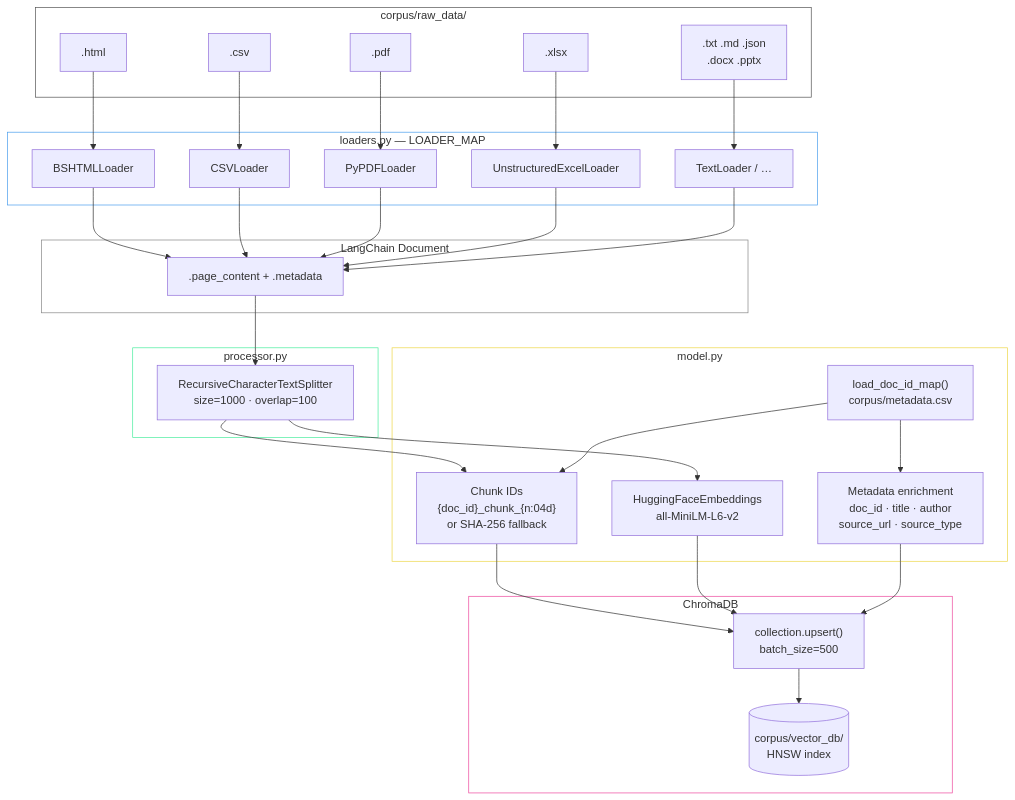
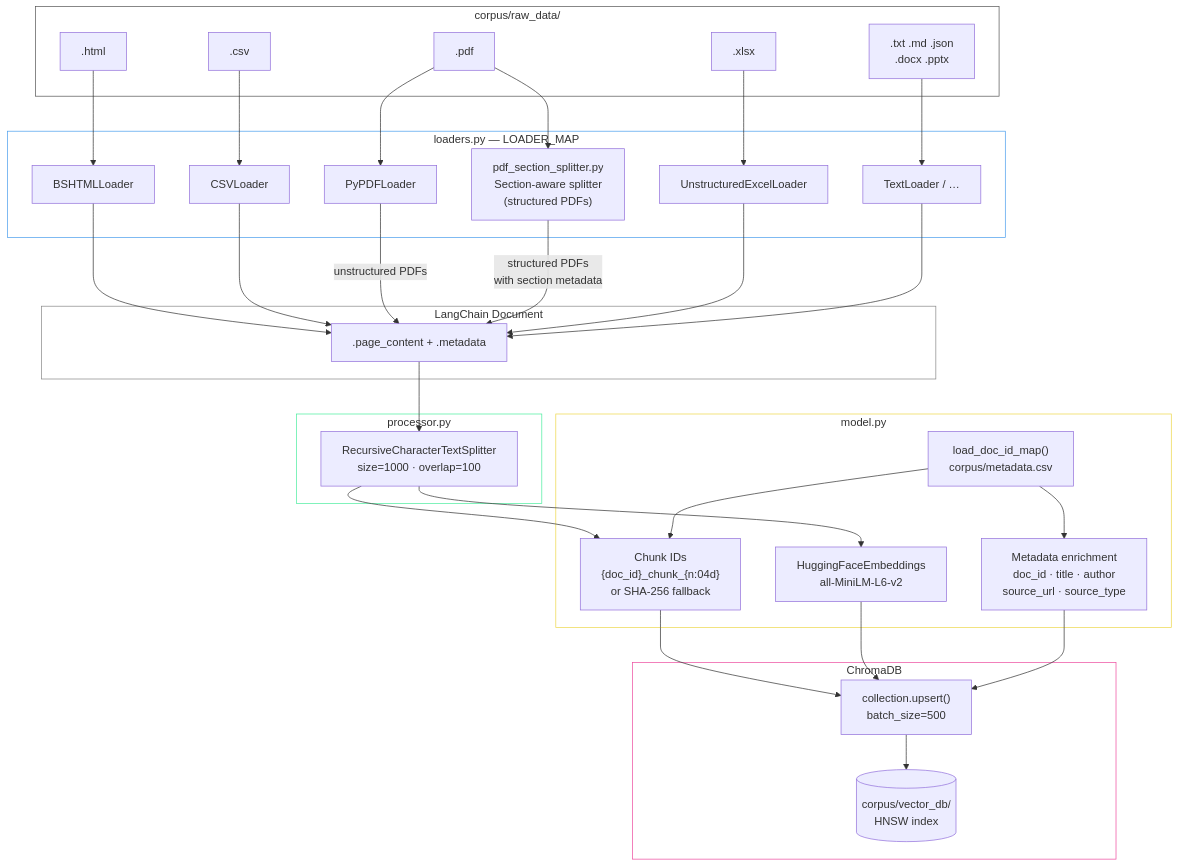
Before and after one commit to garthmortensen/rag_v1: the fourth of 5 diagrams in docs/architecture.md, drawn with Mermaid. The commit also changed other lines of this file and 5 other files, not shown here.

````diff
--- a/docs/architecture.md
+++ b/docs/architecture.md
@@ -309,67 +311,70 @@
 ```mermaid
 graph TD
     subgraph Input["corpus/raw_data/"]
         HTML[".html"]
         CSVF[".csv"]
         PDF[".pdf"]
         XLSX[".xlsx"]
         OTHER[".txt .md .json<br/>.docx .pptx"]
     end
 
     subgraph Loaders["loaders.py — LOADER_MAP"]
         BS4["BSHTMLLoader"]
         CL["CSVLoader"]
         PY["PyPDFLoader"]
+        PYSEC["pdf_section_splitter.py<br/>Section-aware splitter<br/>(structured PDFs)"]
         XL["UnstructuredExcelLoader"]
         OL["TextLoader / …"]
     end
 
     subgraph Documents["LangChain Document"]
         DOC[".page_content + .metadata"]
     end
 
     subgraph Chunking["processor.py"]
         SPLIT["RecursiveCharacterTextSplitter<br/>size=1000 · overlap=100"]
     end
 
     subgraph Embedding["model.py"]
         META2["load_doc_id_map()<br/>corpus/metadata.csv"]
         IDS["Chunk IDs<br/>{doc_id}_chunk_{n:04d}<br/>or SHA-256 fallback"]
         EMB["HuggingFaceEmbeddings<br/>all-MiniLM-L6-v2"]
         ENRICH["Metadata enrichment<br/>doc_id · title · author<br/>source_url · source_type"]
     end
 
     subgraph Storage["ChromaDB"]
         UPSERT["collection.upsert()<br/>batch_size=500"]
         DB[("corpus/vector_db/<br/>HNSW index")]
     end
 
     HTML --> BS4
     CSVF --> CL
     PDF --> PY
+    PDF --> PYSEC
     XLSX --> XL
     OTHER --> OL
 
     BS4 --> DOC
     CL --> DOC
-    PY --> DOC
+    PY -->|"unstructured PDFs"| DOC
+    PYSEC -->|"structured PDFs<br/>with section metadata"| DOC
     XL --> DOC
     OL --> DOC
 
     DOC --> SPLIT
     SPLIT --> IDS
     META2 --> IDS
     META2 --> ENRICH
     SPLIT --> EMB
     IDS --> UPSERT
     EMB --> UPSERT
     ENRICH --> UPSERT
     UPSERT --> DB
 
     style Input fill:none,stroke:#555
     style Loaders fill:none,stroke:#4a9eed
     style Documents fill:none,stroke:#888
     style Chunking fill:none,stroke:#4aed9e
     style Embedding fill:none,stroke:#edd74a
     style Storage fill:none,stroke:#ed4a9e
 ```
````
